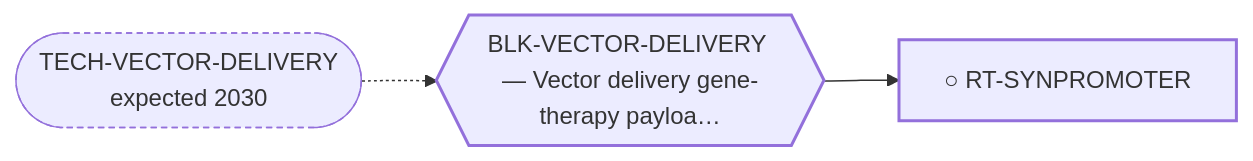
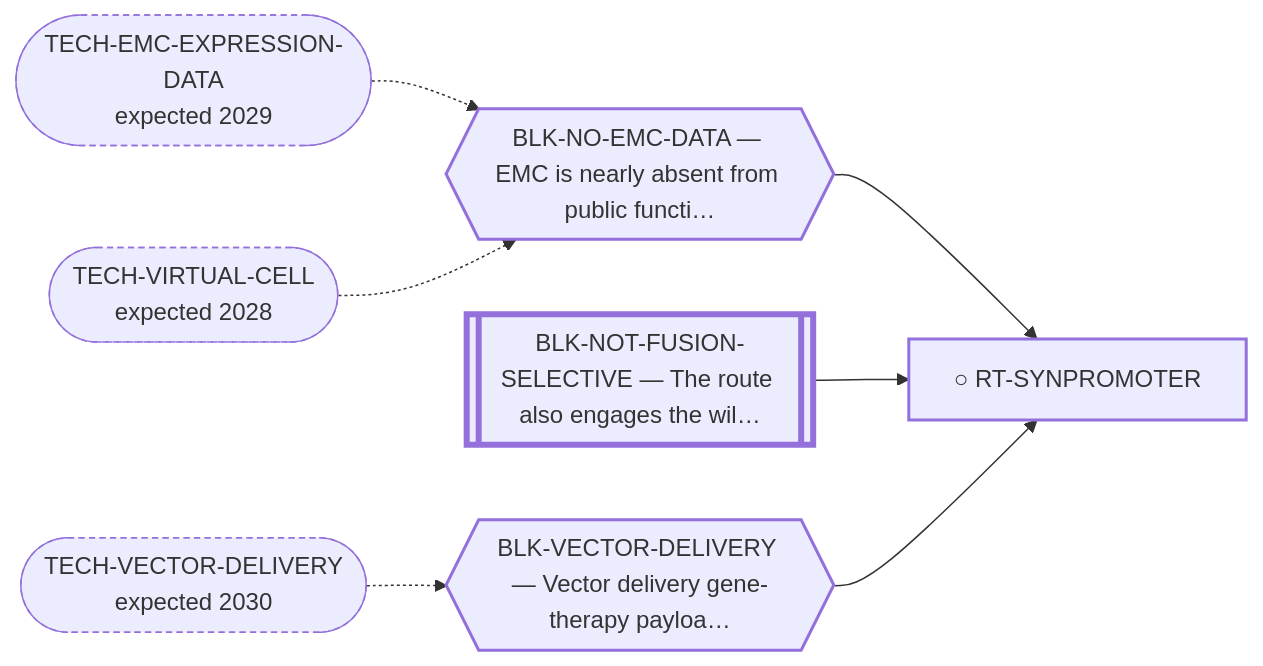
One commit to trimcrae/Rare-cancers changed the diagram in systems/views/L2-rt-synpromoter.md. Above: the diagram before and after it, drawn with Mermaid. The commit also changed other lines of this file and 57 other files, not shown here.

First line of the commit message:
Route framing audit: ST-FUSION-DIRECT + ST-NUCLEIC-ACID (8 routes)

````diff
--- a/systems/views/L2-rt-synpromoter.md
+++ b/systems/views/L2-rt-synpromoter.md
@@ -27,12 +27,20 @@
 ```mermaid
 flowchart LR
   RT_SYNPROMOTER["○ RT-SYNPROMOTER"]:::fam
+  BLK_NO_EMC_DATA{{"BLK-NO-EMC-DATA — EMC is nearly absent from public functi…"}}:::blk
+  BLK_NO_EMC_DATA --> RT_SYNPROMOTER
+  TECH_EMC_EXPRESSION_DATA(["TECH-EMC-EXPRESSION-DATA<br/>expected 2029"]):::tech
+  TECH_EMC_EXPRESSION_DATA -.-> BLK_NO_EMC_DATA
+  TECH_VIRTUAL_CELL(["TECH-VIRTUAL-CELL<br/>expected 2028"]):::tech
+  TECH_VIRTUAL_CELL -.-> BLK_NO_EMC_DATA
+  BLK_NOT_FUSION_SELECTIVE[["BLK-NOT-FUSION-SELECTIVE — The route also engages the wil…"]]:::perm
+  BLK_NOT_FUSION_SELECTIVE --> RT_SYNPROMOTER
   BLK_VECTOR_DELIVERY{{"BLK-VECTOR-DELIVERY — Vector delivery gene-therapy payloa…"}}:::blk
   BLK_VECTOR_DELIVERY --> RT_SYNPROMOTER
   TECH_VECTOR_DELIVERY(["TECH-VECTOR-DELIVERY<br/>expected 2030"]):::tech
   TECH_VECTOR_DELIVERY -.-> BLK_VECTOR_DELIVERY
   classDef fam stroke-width:2px;
   classDef blk stroke-width:2px;
   classDef perm stroke-width:4px;
   classDef tech stroke-width:1px,stroke-dasharray:4 3;
 ```
````
